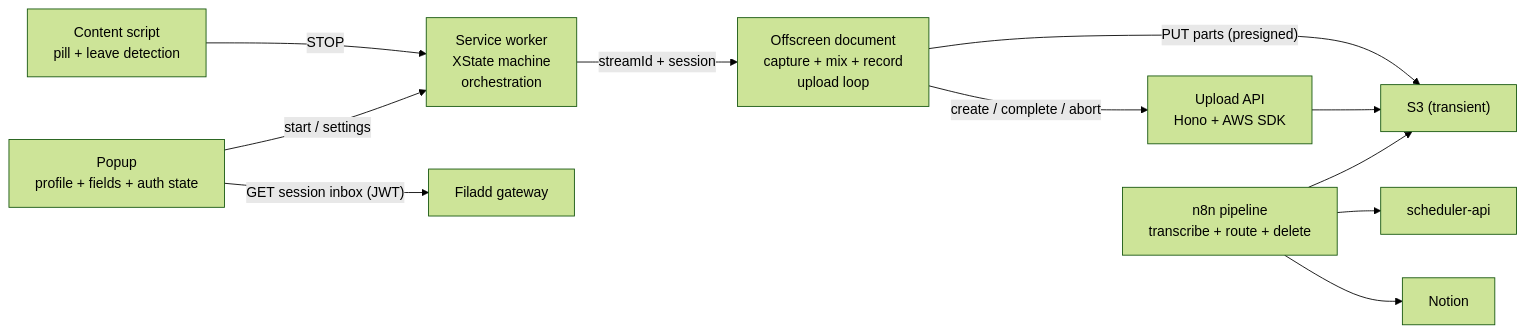
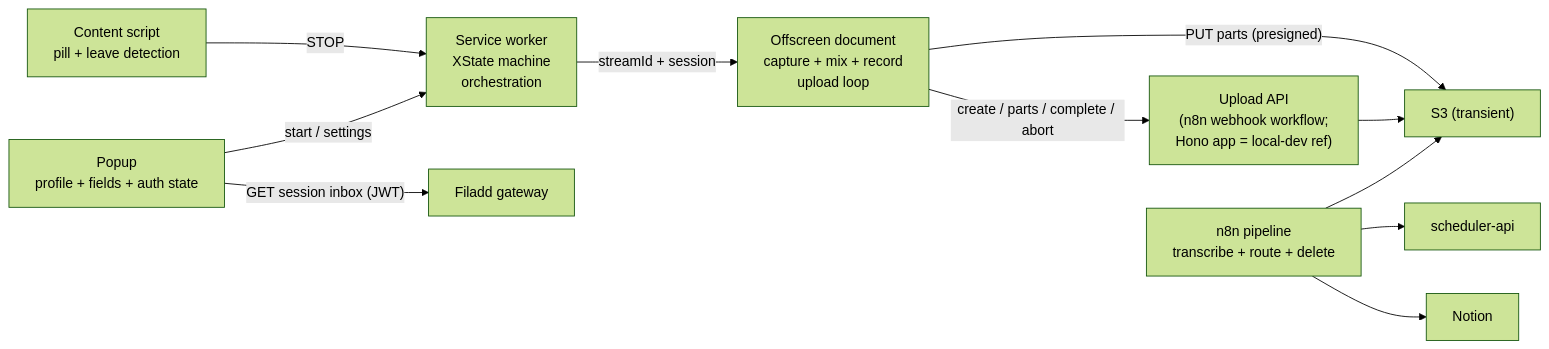
One commit to filadd/chrome-recorder changed the first of 2 diagrams in spec.md. Above: the diagram before and after it, drawn with Mermaid (forest theme). The commit also changed other lines of this file, not shown here.

First line of the commit message:
docs(spec): S3 staging CORS/lifecycle and n8n-hosted upload API

````diff
--- a/spec.md
+++ b/spec.md
@@ -42,13 +42,13 @@
 ```mermaid
 flowchart LR
     CS["Content script<br/>pill + leave detection"] -->|"STOP"| SW["Service worker<br/>XState machine<br/>orchestration"]
     P["Popup<br/>profile + fields + auth state"] -->|"start / settings"| SW
     P -->|"GET session inbox (JWT)"| GW["Filadd gateway"]
     SW -->|"streamId + session"| OFF["Offscreen document<br/>capture + mix + record<br/>upload loop"]
     OFF -->|"PUT parts (presigned)"| S3["S3 (transient)"]
-    OFF -->|"create / complete / abort"| API["Upload API<br/>Hono + AWS SDK"]
+    OFF -->|"create / parts / complete / abort"| API["Upload API<br/>(n8n webhook workflow;<br/>Hono app = local-dev ref)"]
     API --> S3
     N8N["n8n pipeline<br/>transcribe + route + delete"] --> S3
     N8N --> SCHED["scheduler-api"]
     N8N --> NOTION["Notion"]
 ```
````
